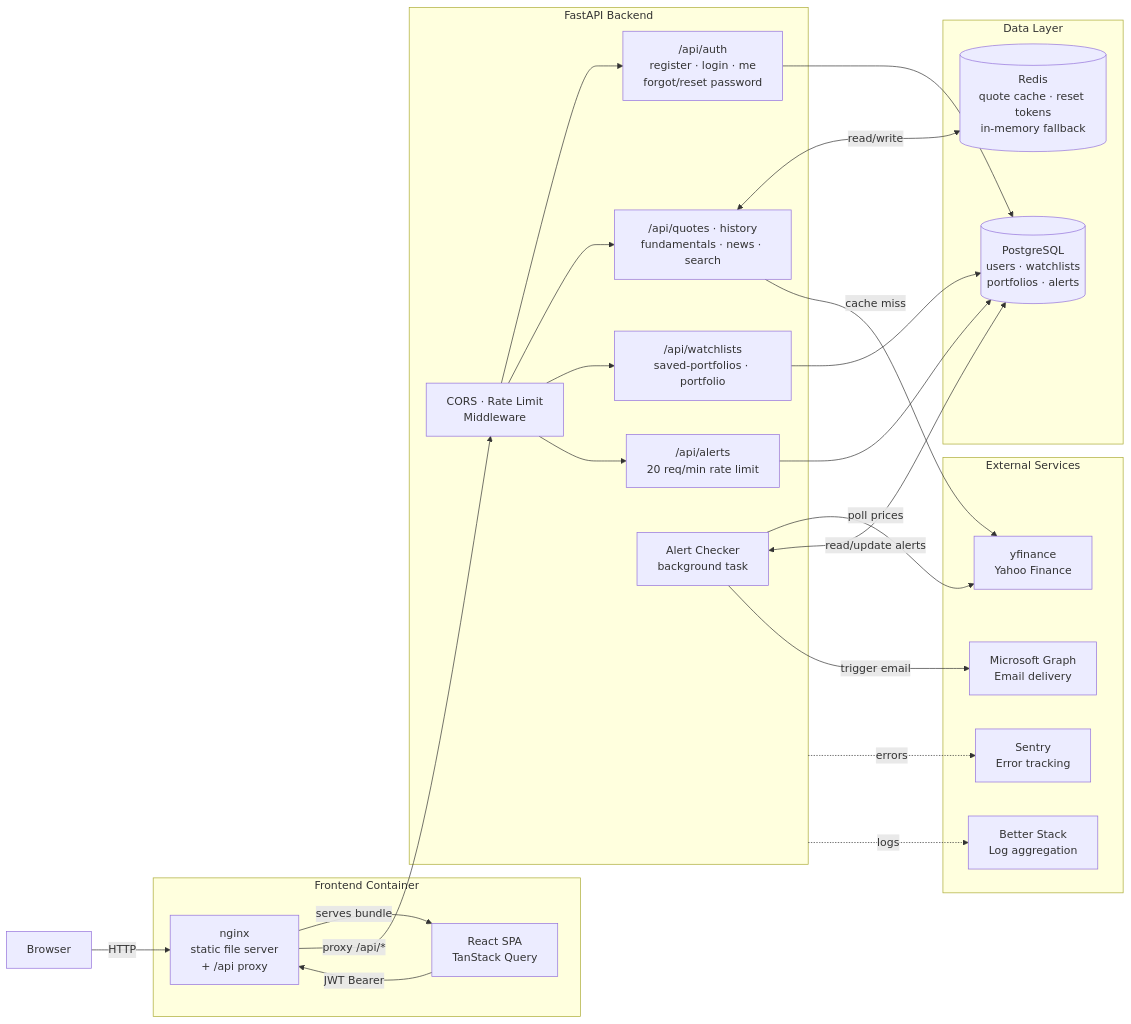
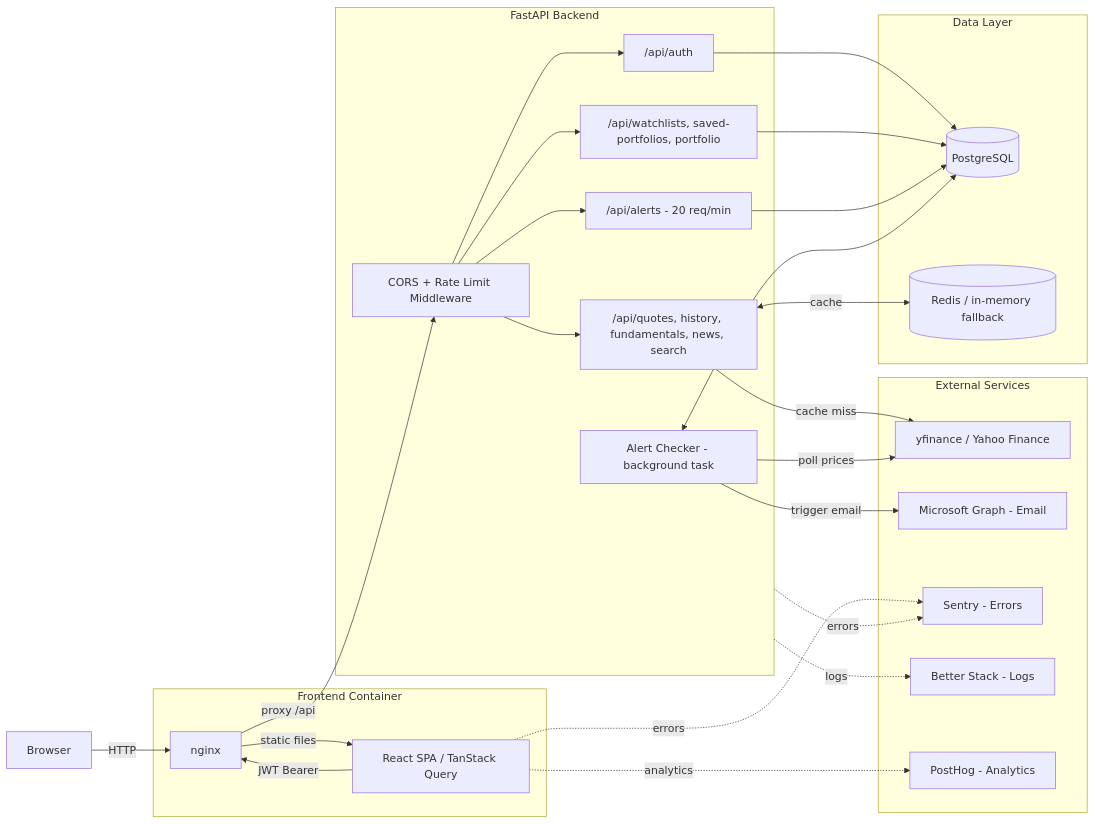
The diagram in README.md (digitalDG/findash), drawn with Mermaid before and after one commit.

Commit message:
docs: fix Mermaid diagram syntax and add PostHog + frontend Sentry
Replace \n and middle-dot chars that break GitHub's renderer.
Add PostHog analytics and frontend Sentry as direct browser->service flows.

````diff
--- a/README.md
+++ b/README.md
@@ -47,46 +47,52 @@
 ```mermaid
 flowchart LR
     Browser["Browser"]
 
-    subgraph Frontend["Frontend Container"]
-        NG["nginx\nstatic file server\n+ /api proxy"]
-        FE["React SPA\nTanStack Query"]
+    subgraph FC["Frontend Container"]
+        NG["nginx"]
+        FE["React SPA / TanStack Query"]
     end
 
-    subgraph API["FastAPI Backend"]
-        MW["CORS · Rate Limit\nMiddleware"]
-        AUTH["/api/auth\nregister · login · me\nforgot/reset password"]
-        MKT["/api/quotes · history\nfundamentals · news · search"]
-        DATA["/api/watchlists\nsaved-portfolios · portfolio"]
-        ALT["/api/alerts\n20 req/min rate limit"]
-        BGK["Alert Checker\nbackground task"]
+    subgraph BE["FastAPI Backend"]
+        MW["CORS + Rate Limit Middleware"]
+        AUTH["/api/auth"]
+        MKT["/api/quotes, history, fundamentals, news, search"]
+        DATA["/api/watchlists, saved-portfolios, portfolio"]
+        ALT["/api/alerts - 20 req/min"]
+        BGK["Alert Checker - background task"]
     end
 
-    subgraph Store["Data Layer"]
-        PG[("PostgreSQL\nusers · watchlists\nportfolios · alerts")]
-        RD[("Redis\nquote cache · reset tokens\nin-memory fallback")]
+    subgraph DL["Data Layer"]
+        PG[("PostgreSQL")]
+        RD[("Redis / in-memory fallback")]
     end
 
-    subgraph Ext["External Services"]
-        YF["yfinance\nYahoo Finance"]
-        MSG["Microsoft Graph\nEmail delivery"]
-        SNT["Sentry\nError tracking"]
-        BST["Better Stack\nLog aggregation"]
+    subgraph EXT["External Services"]
+        YF["yfinance / Yahoo Finance"]
+        MSG["Microsoft Graph - Email"]
+        SNT["Sentry - Errors"]
+        BST["Better Stack - Logs"]
+        PHG["PostHog - Analytics"]
     end
 
-    Browser -->|"HTTP"| NG
-    NG -->|"serves bundle"| FE
-    NG -->|"proxy /api/*"| MW
-    FE -->|"JWT Bearer"| NG
-    MW --> AUTH & MKT & DATA & ALT
+    Browser -->|HTTP| NG
+    NG -->|static files| FE
+    NG -->|proxy /api| MW
+    FE -->|JWT Bearer| NG
+    MW --> AUTH
+    MW --> MKT
+    MW --> DATA
+    MW --> ALT
     AUTH --> PG
     DATA --> PG
     ALT --> PG
-    MKT <-->|"read/write"| RD
-    MKT -->|"cache miss"| YF
-    BGK -->|"poll prices"| YF
-    BGK <-->|"read/update alerts"| PG
-    BGK -->|"trigger email"| MSG
-    API -.->|"errors"| SNT
-    API -.->|"logs"| BST
+    MKT <-->|cache| RD
+    MKT -->|cache miss| YF
+    BGK -->|poll prices| YF
+    BGK <--> PG
+    BGK -->|trigger email| MSG
+    BE -.->|errors| SNT
+    BE -.->|logs| BST
+    FE -.->|errors| SNT
+    FE -.->|analytics| PHG
 ```
````
